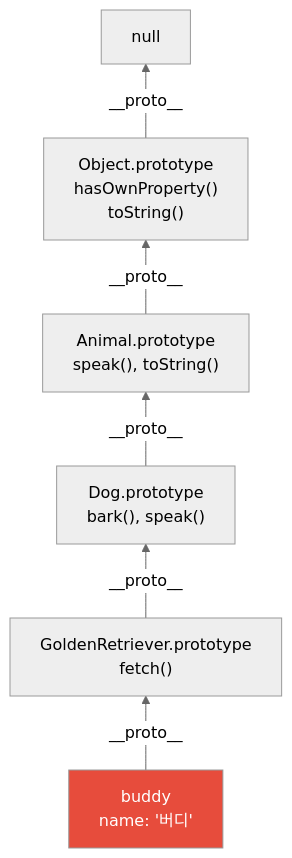
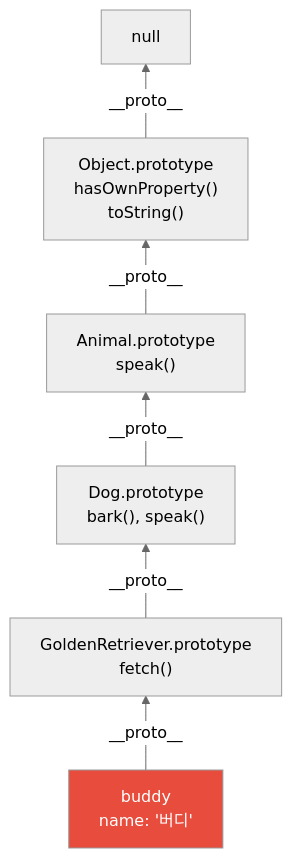
Before and after one commit to yjkim2015/yjkim2015.github.io: the fifth of 6 diagrams in _posts/frontend/2026-05-02-js-prototype.md, drawn with Mermaid (neutral theme). The commit also changed other lines of this file and 122 other files, not shown here.

````diff
--- a/_posts/frontend/2026-05-02-js-prototype.md
+++ b/_posts/frontend/2026-05-02-js-prototype.md
@@ -328,17 +307,17 @@
 ```mermaid
 graph BT
     BUDDY["buddy<br>name: '버디'"]
     GR_PROTO["GoldenRetriever.prototype<br>fetch()"]
     DOG_PROTO["Dog.prototype<br>bark(), speak()"]
-    ANIMAL_PROTO["Animal.prototype<br>speak(), toString()"]
+    ANIMAL_PROTO["Animal.prototype<br>speak()"]
     OBJ_PROTO["Object.prototype<br>hasOwnProperty()<br>toString()"]
     NULL[null]
 
     BUDDY -->|"__proto__"| GR_PROTO
     GR_PROTO -->|"__proto__"| DOG_PROTO
     DOG_PROTO -->|"__proto__"| ANIMAL_PROTO
     ANIMAL_PROTO -->|"__proto__"| OBJ_PROTO
     OBJ_PROTO -->|"__proto__"| NULL
 
     style BUDDY fill:#e74c3c,color:#fff
 ```
````
